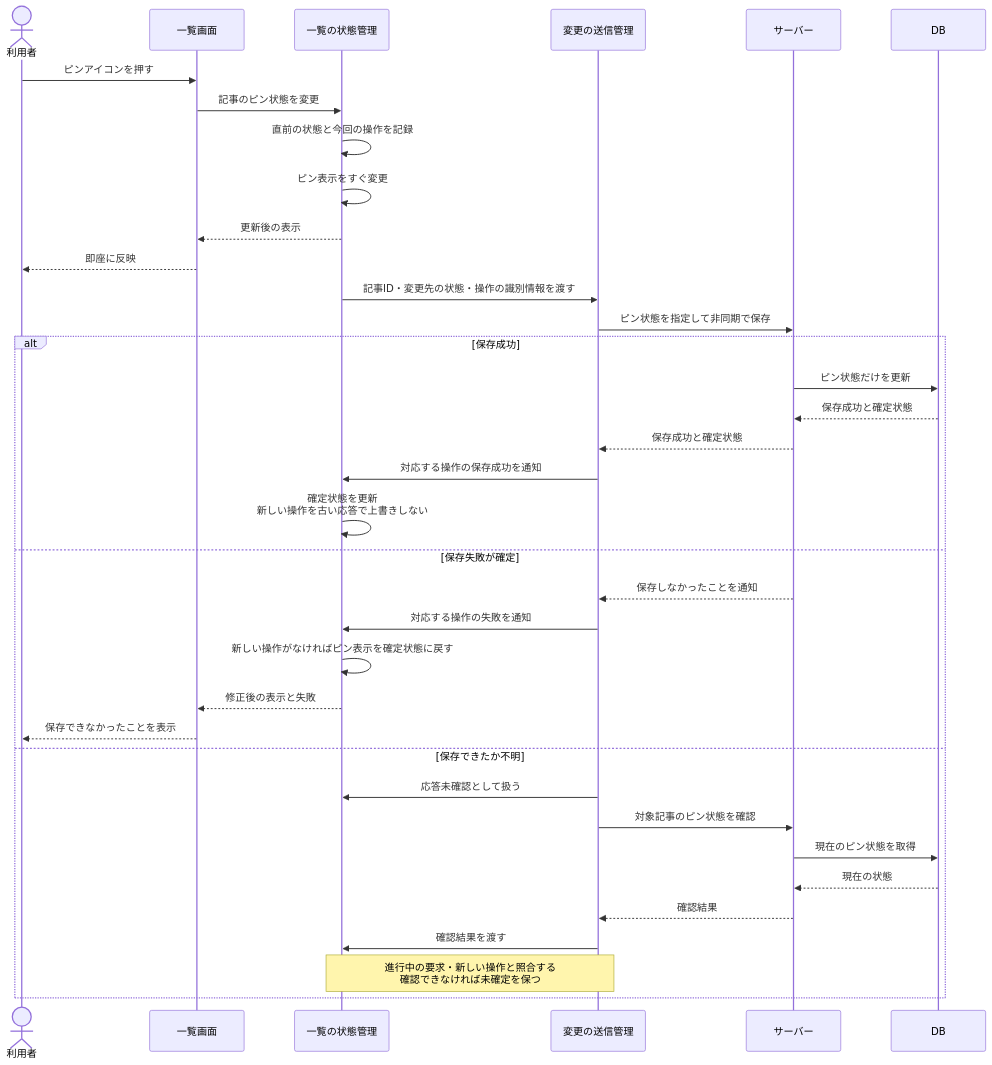
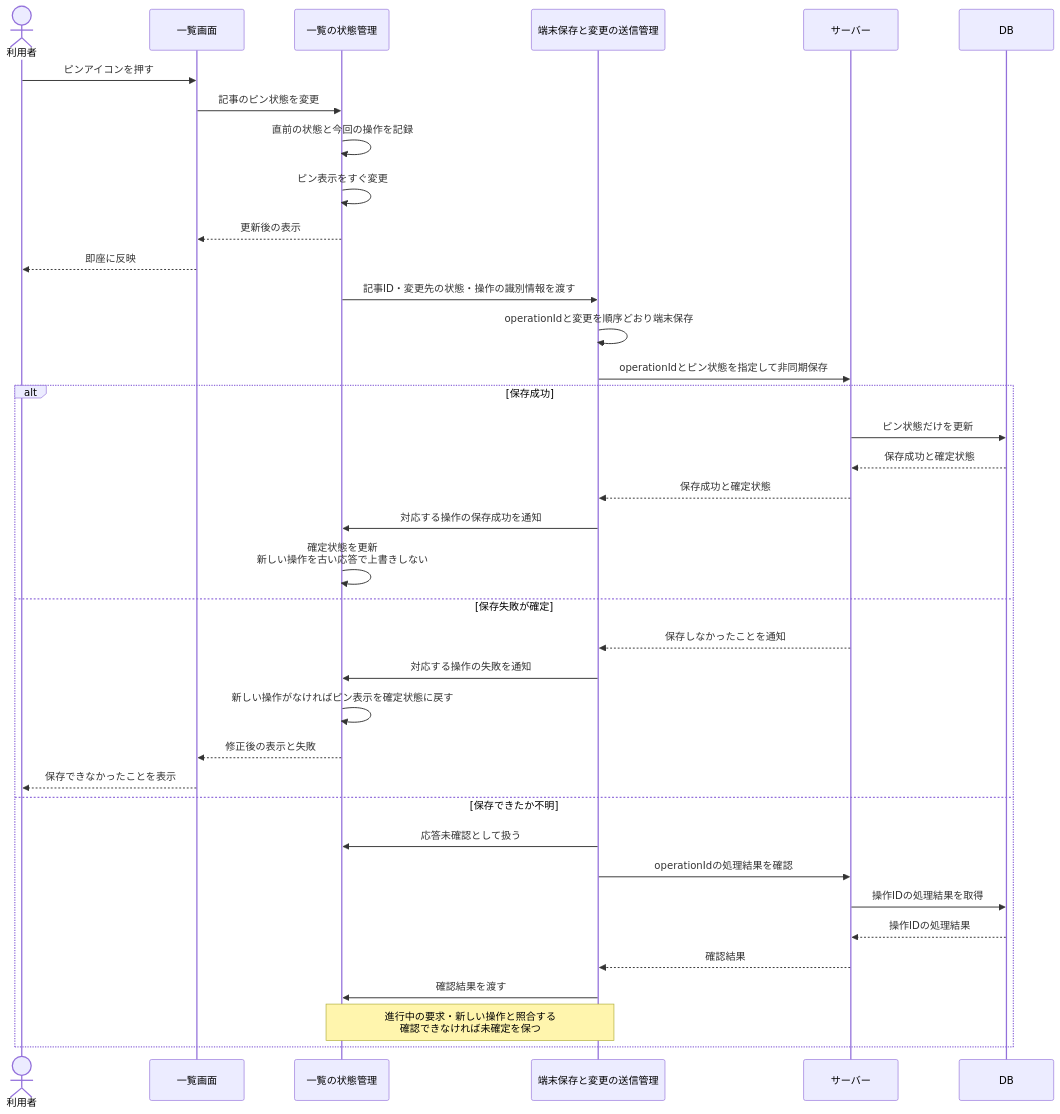
Before and after one commit to BeppuKanato/it-discovery: the fourth of 6 diagrams in docs/sequences-list.md, drawn with Mermaid. The commit also changed other lines of this file and 5 other files, not shown here.

Commit message:
docs: 確定ルールに合わせて状態遷移とシーケンス・クラス図を更新する

````diff
--- a/docs/sequences-list.md
+++ b/docs/sequences-list.md
@@ -163,40 +164,41 @@
 ```mermaid
 sequenceDiagram
     actor User as 利用者
     participant View as 一覧画面
     participant State as 一覧の状態管理
-    participant Sync as 変更の送信管理
+    participant Sync as 端末保存と変更の送信管理
     participant Server as サーバー
     participant DB as DB
 
     User->>View: ピンアイコンを押す
     View->>State: 記事のピン状態を変更
     State->>State: 直前の状態と今回の操作を記録
     State->>State: ピン表示をすぐ変更
     State-->>View: 更新後の表示
     View-->>User: 即座に反映
     State->>Sync: 記事ID・変更先の状態・操作の識別情報を渡す
-    Sync->>Server: ピン状態を指定して非同期で保存
+    Sync->>Sync: operationIdと変更を順序どおり端末保存
+    Sync->>Server: operationIdとピン状態を指定して非同期保存
 
     alt 保存成功
         Server->>DB: ピン状態だけを更新
         DB-->>Server: 保存成功と確定状態
         Server-->>Sync: 保存成功と確定状態
         Sync->>State: 対応する操作の保存成功を通知
         State->>State: 確定状態を更新<br/>新しい操作を古い応答で上書きしない
     else 保存失敗が確定
         Server-->>Sync: 保存しなかったことを通知
         Sync->>State: 対応する操作の失敗を通知
         State->>State: 新しい操作がなければピン表示を確定状態に戻す
         State-->>View: 修正後の表示と失敗
         View-->>User: 保存できなかったことを表示
     else 保存できたか不明
         Sync->>State: 応答未確認として扱う
-        Sync->>Server: 対象記事のピン状態を確認
-        Server->>DB: 現在のピン状態を取得
-        DB-->>Server: 現在の状態
+        Sync->>Server: operationIdの処理結果を確認
+        Server->>DB: 操作IDの処理結果を取得
+        DB-->>Server: 操作IDの処理結果
         Server-->>Sync: 確認結果
         Sync->>State: 確認結果を渡す
         Note over State,Sync: 進行中の要求・新しい操作と照合する<br/>確認できなければ未確定を保つ
     end
 ```
````
